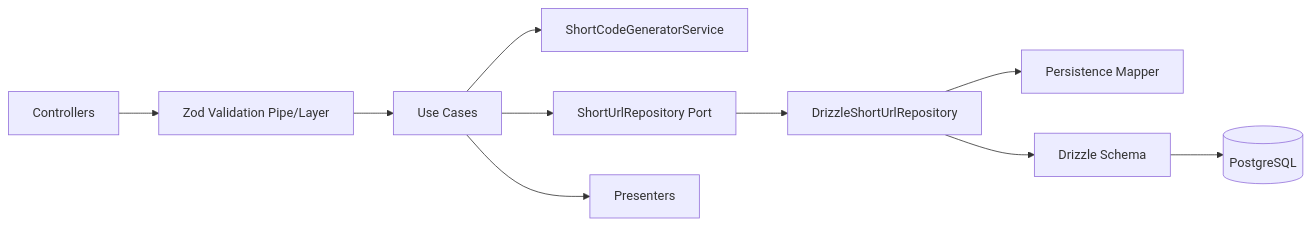
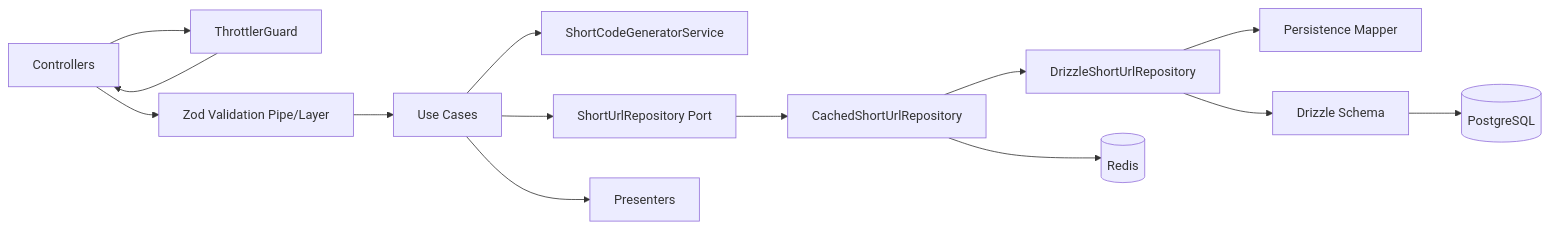
One commit to joisiney/short-url-api changed the third of 7 diagrams in docs/planejamento_feature_url_shortener_c_4.md. Above: the diagram before and after it, drawn with Mermaid. The commit also changed other lines of this file and 17 other files, not shown here.

Commit message:
feat: Integrate Redis for caching and throttling in short URL module; update environment configuration and health checks to include Redis status; enhance README with Redis usage details.

````diff
--- a/docs/planejamento_feature_url_shortener_c_4.md
+++ b/docs/planejamento_feature_url_shortener_c_4.md
@@ -575,23 +575,30 @@
 ```mermaid
 flowchart LR
     Controller[Controllers]
+    Throttler[ThrottlerGuard]
     ZodValidation[Zod Validation Pipe/Layer]
     UseCases[Use Cases]
     Generator[ShortCodeGeneratorService]
     RepoPort[ShortUrlRepository Port]
-    RepoImpl[DrizzleShortUrlRepository]
+    CachedRepo[CachedShortUrlRepository]
+    DrizzleRepo[DrizzleShortUrlRepository]
+    Redis[(Redis)]
     Mapper[Persistence Mapper]
     DrizzleSchema[Drizzle Schema]
     Postgres[(PostgreSQL)]
     Presenter[Presenters]
 
+    Controller --> Throttler
+    Throttler --> Controller
     Controller --> ZodValidation
     ZodValidation --> UseCases
     UseCases --> Generator
     UseCases --> RepoPort
-    RepoPort --> RepoImpl
-    RepoImpl --> Mapper
-    RepoImpl --> DrizzleSchema
+    RepoPort --> CachedRepo
+    CachedRepo --> Redis
+    CachedRepo --> DrizzleRepo
+    DrizzleRepo --> Mapper
+    DrizzleRepo --> DrizzleSchema
     DrizzleSchema --> Postgres
     UseCases --> Presenter
 ```
````
